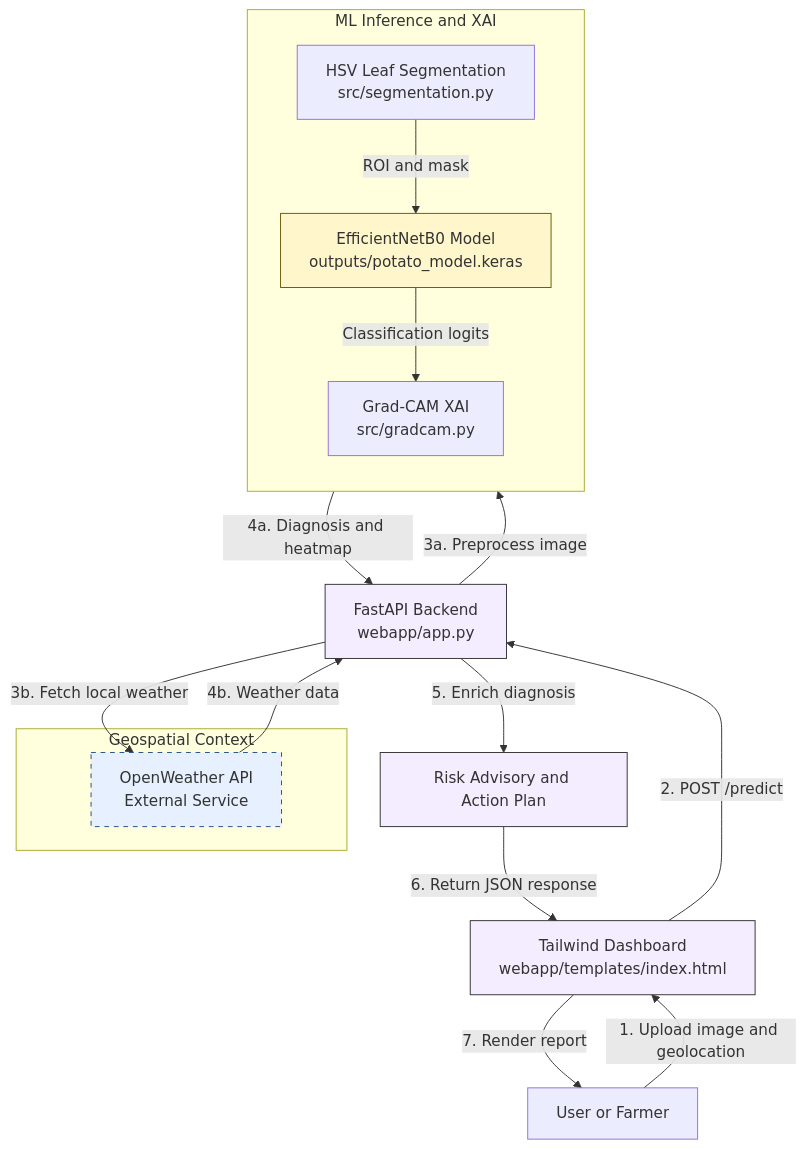
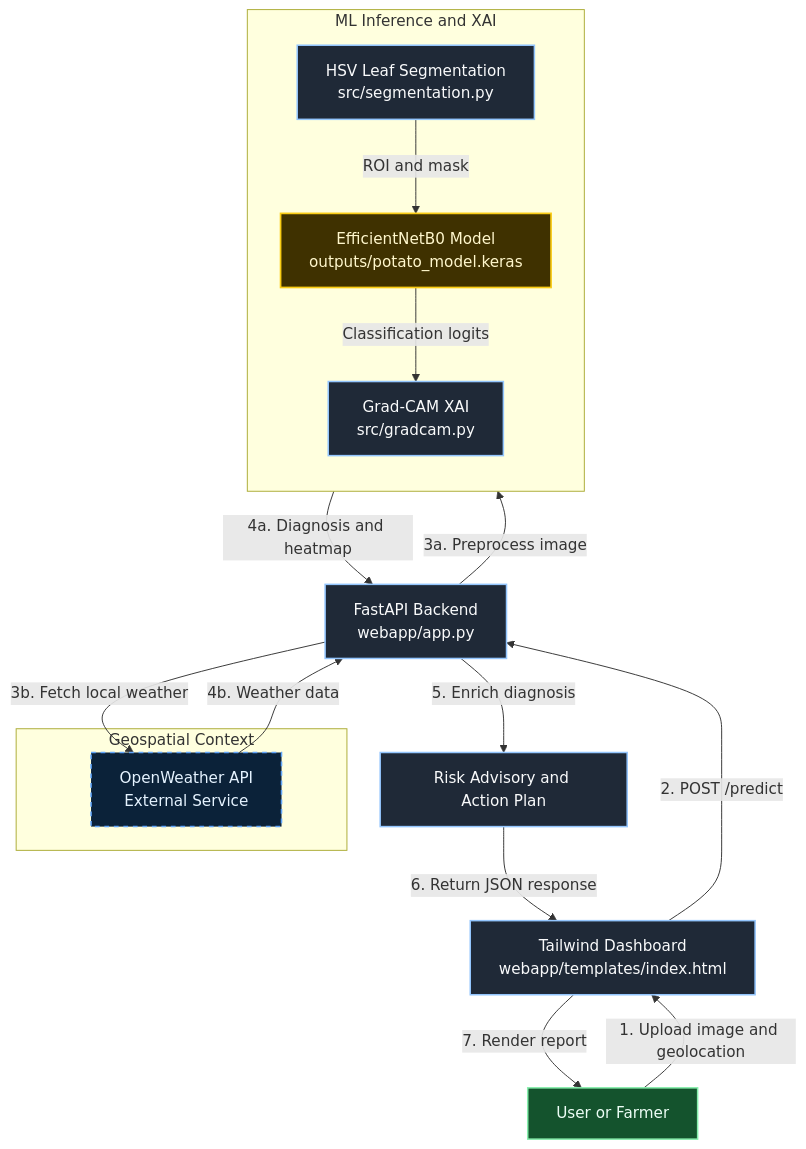
Before and after one commit to Singhmedhansh/AgriScan360-Global: the diagram in README.md, drawn with Mermaid.

Commit message:
Improve Mermaid diagram contrast for GitHub dark mode

````diff
--- a/README.md
+++ b/README.md
@@ -221,43 +221,46 @@
 ```mermaid
 graph TD
     %% Core nodes
     User[User or Farmer]
     Frontend[Tailwind Dashboard\nwebapp/templates/index.html]
     Backend[FastAPI Backend\nwebapp/app.py]
     RiskEngine[Risk Advisory and Action Plan]
 
     %% ML pipeline
     subgraph ML_Pipeline [ML Inference and XAI]
         direction TB
         Segmentation[HSV Leaf Segmentation\nsrc/segmentation.py]
         Model[EfficientNetB0 Model\noutputs/potato_model.keras]
         GradCAM[Grad-CAM XAI\nsrc/gradcam.py]
     end
 
     %% External context
     subgraph External_API [Geospatial Context]
         OpenWeather[OpenWeather API\nExternal Service]
     end
 
     %% End-to-end flow
     User -- "1. Upload image and geolocation" --> Frontend
     Frontend -- "2. POST /predict" --> Backend
     Backend -- "3a. Preprocess image" --> Segmentation
     Segmentation -- "ROI and mask" --> Model
     Model -- "Classification logits" --> GradCAM
     GradCAM -- "4a. Diagnosis and heatmap" --> Backend
     Backend -- "3b. Fetch local weather" --> OpenWeather
     OpenWeather -- "4b. Weather data" --> Backend
     Backend -- "5. Enrich diagnosis" --> RiskEngine
     RiskEngine -- "6. Return JSON response" --> Frontend
     Frontend -- "7. Render report" --> User
 
-    %% Styling
-    classDef internal fill:#f4ecff,stroke:#333,stroke-width:1px;
-    classDef external fill:#e6f0ff,stroke:#1f4e8c,stroke-width:1px,stroke-dasharray: 5 5;
-    classDef model fill:#fff6cc,stroke:#6b5900,stroke-width:1px;
+    %% Styling tuned for GitHub dark theme readability
+    classDef default fill:#111827,stroke:#9ca3af,stroke-width:1.4px,color:#f9fafb;
+    classDef internal fill:#1f2937,stroke:#93c5fd,stroke-width:1.6px,color:#f9fafb;
+    classDef external fill:#0b2239,stroke:#60a5fa,stroke-width:1.6px,stroke-dasharray: 5 5,color:#e5f3ff;
+    classDef model fill:#3f3100,stroke:#facc15,stroke-width:1.8px,color:#fff7cc;
+    classDef actor fill:#14532d,stroke:#86efac,stroke-width:1.6px,color:#ecfdf5;
 
-    class Backend,Frontend,RiskEngine internal;
+    class User actor;
+    class Backend,Frontend,RiskEngine,Segmentation,GradCAM internal;
     class OpenWeather external;
     class Model model;
 ```
````
